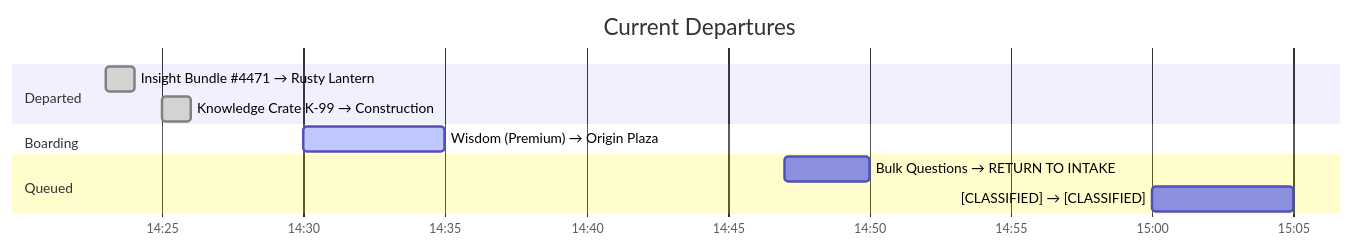
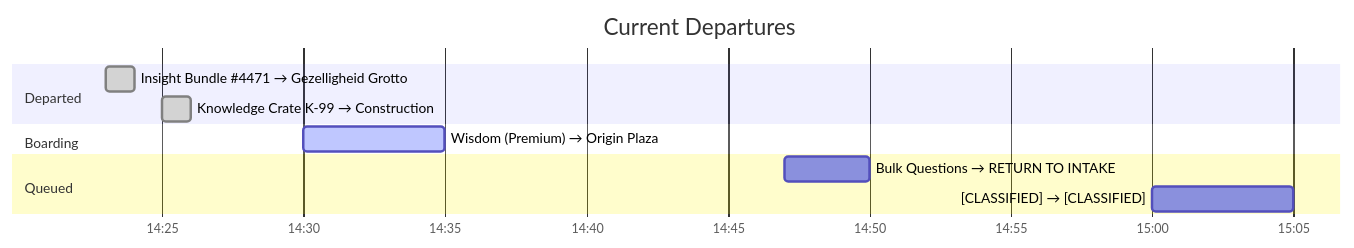
One commit to SimHacker/moollm changed the second of 5 diagrams in examples/adventure-4/street/lane-neverending/leela-manufacturing/floor-3/README.md. Above: the diagram before and after it, drawn with Mermaid. The commit also changed other lines of this file and 202 other files, not shown here.

````diff
--- a/examples/adventure-4/street/lane-neverending/leela-manufacturing/floor-3/README.md
+++ b/examples/adventure-4/street/lane-neverending/leela-manufacturing/floor-3/README.md
@@ -48,17 +48,17 @@
 ```mermaid
 gantt
     title Current Departures
     dateFormat HH:mm
     axisFormat %H:%M
     
     section Departed
-    Insight Bundle #4471 → Rusty Lantern    :done, 14:23, 1m
+    Insight Bundle #4471 → Gezelligheid Grotto    :done, 14:23, 1m
     Knowledge Crate K-99 → Construction     :done, 14:25, 1m
     
     section Boarding
     Wisdom (Premium) → Origin Plaza         :active, 14:30, 5m
     
     section Queued
     Bulk Questions → RETURN TO INTAKE       :14:47, 3m
     [CLASSIFIED] → [CLASSIFIED]             :15:00, 5m
 ```
````
